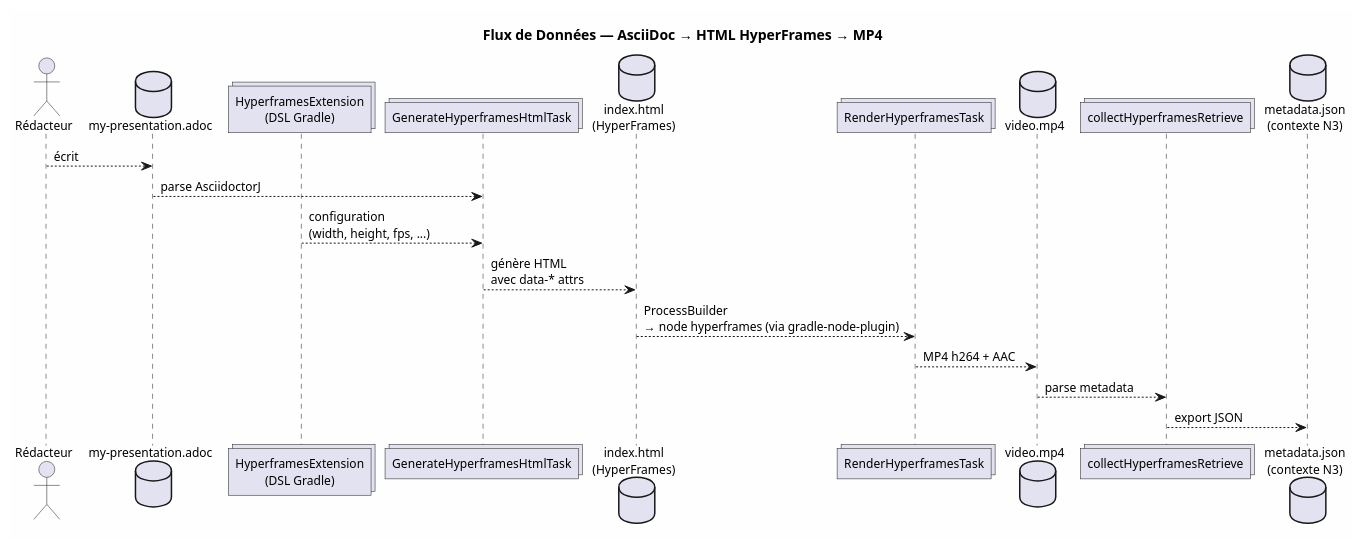
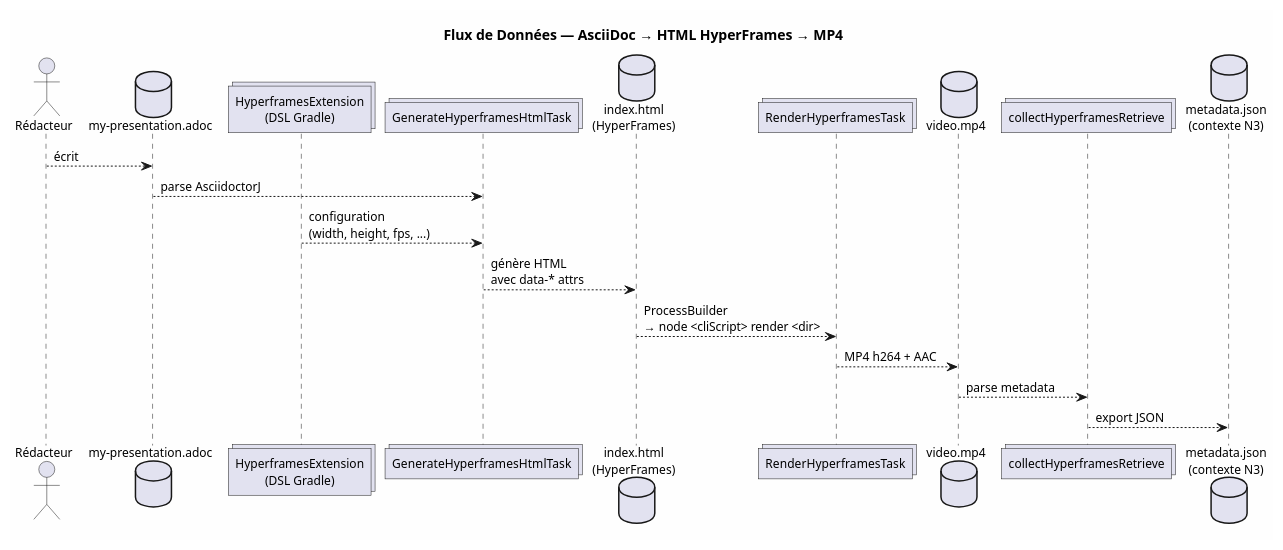
Before and after one commit to cccp-education/hyperframes-gradle: the third of 3 diagrams in hyperframes-plugin/doc/HYPERFRAMES_ARCHITECTURE.adoc, drawn with PlantUML. The commit also changed other lines of this file and 18 other files, not shown here.

```diff
--- a/hyperframes-plugin/doc/HYPERFRAMES_ARCHITECTURE.adoc
+++ b/hyperframes-plugin/doc/HYPERFRAMES_ARCHITECTURE.adoc
@@ -146,28 +146,28 @@
 [plantuml,target="data-flow",format="svg"]
 ----
 @startuml
 skinparam backgroundColor #FEFEFE
 skinparam defaultFontSize 12
 
 title Flux de Données — AsciiDoc → HTML HyperFrames → MP4
 
 actor "Rédacteur" as author
 database "my-presentation.adoc" as source
 collections "HyperframesExtension\n(DSL Gradle)" as dsl
 collections "GenerateHyperframesHtmlTask" as genHtml
 database "index.html\n(HyperFrames)" as html
 collections "RenderHyperframesTask" as render
 database "video.mp4" as mp4
 collections "collectHyperframesRetrieve" as collect
 database "metadata.json\n(contexte N3)" as metadata
 
 author --> source : écrit
 source --> genHtml : parse AsciidoctorJ
 dsl --> genHtml : configuration\n(width, height, fps, ...)
 genHtml --> html : génère HTML\navec data-* attrs
-html --> render : ProcessBuilder\n→ node hyperframes (via gradle-node-plugin)
+html --> render : ProcessBuilder\n→ node <cliScript> render <dir>
 render --> mp4 : MP4 h264 + AAC
 mp4 --> collect : parse metadata
 collect --> metadata : export JSON
 @enduml
 ----
```
